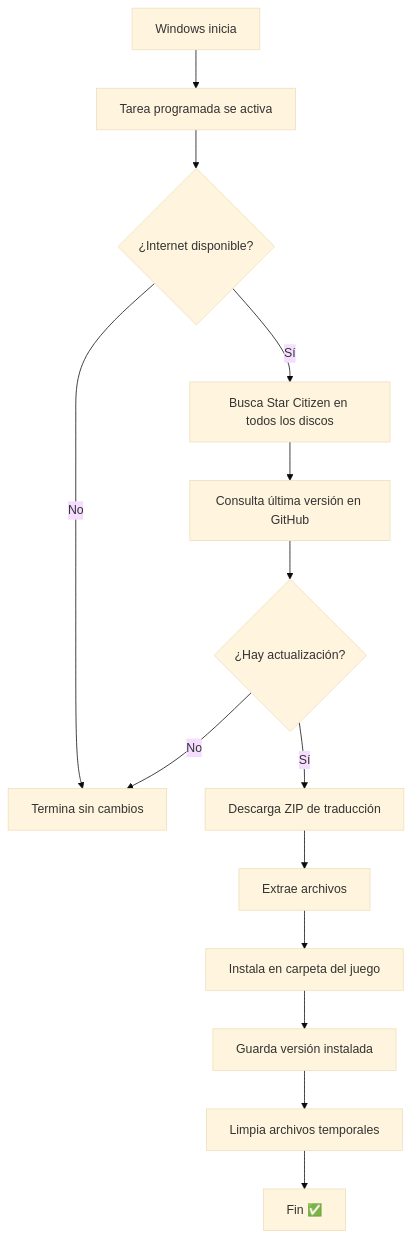
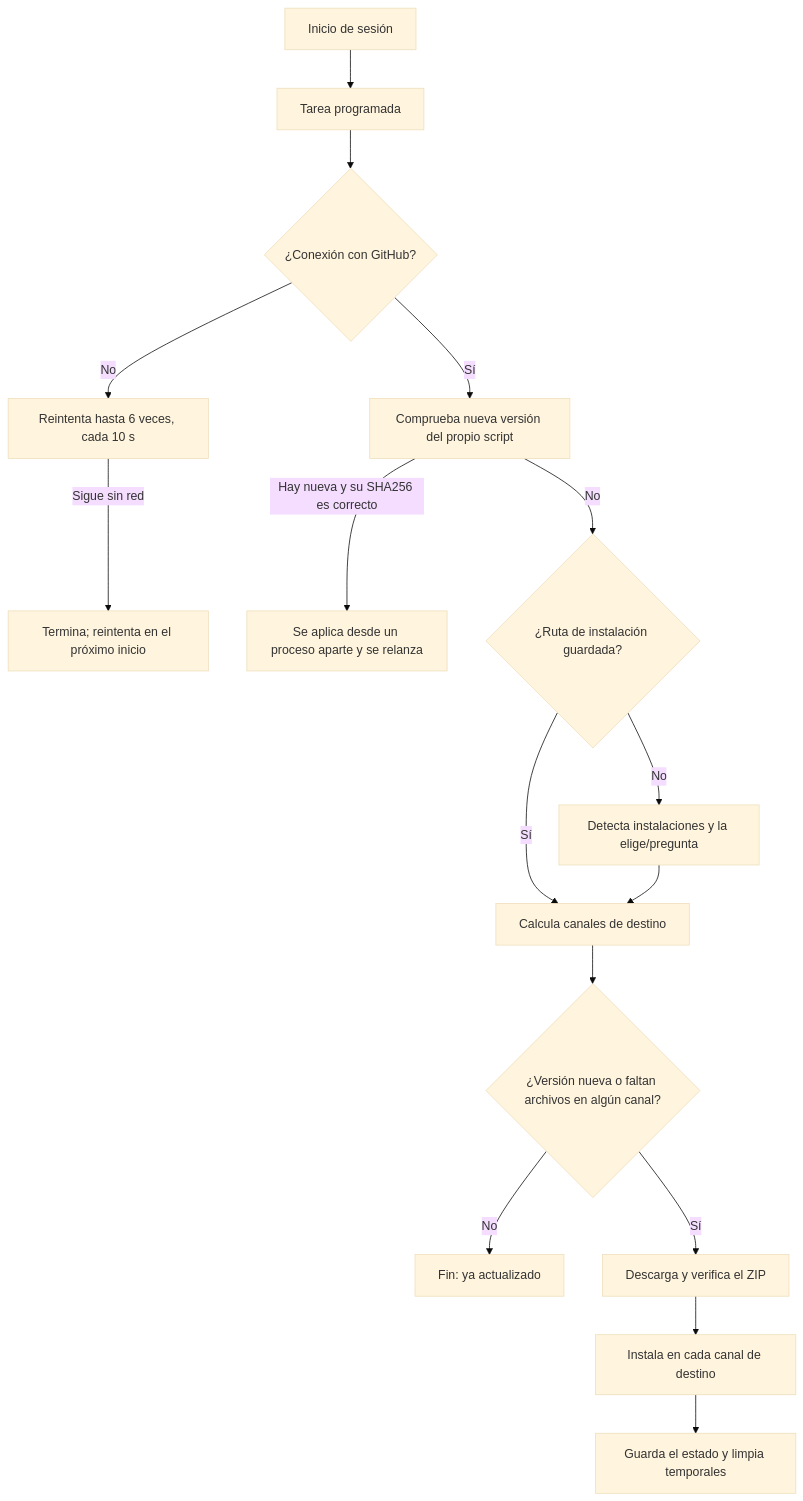
One commit to Raksiusdev/SC-LangUPD_ES changed the diagram in README.md. Above: the diagram before and after it, drawn with Mermaid (base theme). The commit also changed other lines of this file, not shown here.

````diff
--- a/README.md
+++ b/README.md
@@ -243,16 +208,18 @@
 ```mermaid
 graph TD
-    A[Windows inicia] --> B[Tarea programada se activa]
-    B --> C{¿Internet disponible?}
-    C -->|No| D[Termina sin cambios]
-    C -->|Sí| E[Busca Star Citizen en todos los discos]
-    E --> F[Consulta última versión en GitHub]
-    F --> G{¿Hay actualización?}
-    G -->|No| D
-    G -->|Sí| H[Descarga ZIP de traducción]
-    H --> I[Extrae archivos]
-    I --> J[Instala en carpeta del juego]
-    J --> K[Guarda versión instalada]
-    K --> L[Limpia archivos temporales]
-    L --> M[Fin ✅]
+    A[Inicio de sesión] --> B[Tarea programada]
+    B --> C{¿Conexión con GitHub?}
+    C -->|No| C2[Reintenta hasta 6 veces, cada 10 s]
+    C2 -->|Sigue sin red| Z[Termina; reintenta en el próximo inicio]
+    C -->|Sí| D[Comprueba nueva versión del propio script]
+    D -->|Hay nueva y su SHA256 es correcto| D2[Se aplica desde un proceso aparte y se relanza]
+    D -->|No| E{¿Ruta de instalación guardada?}
+    E -->|No| F[Detecta instalaciones y la elige/pregunta]
+    E -->|Sí| G[Calcula canales de destino]
+    F --> G
+    G --> H{¿Versión nueva o faltan archivos en algún canal?}
+    H -->|No| Y[Fin: ya actualizado]
+    H -->|Sí| I[Descarga y verifica el ZIP]
+    I --> J[Instala en cada canal de destino]
+    J --> K[Guarda el estado y limpia temporales]
 ```
````
